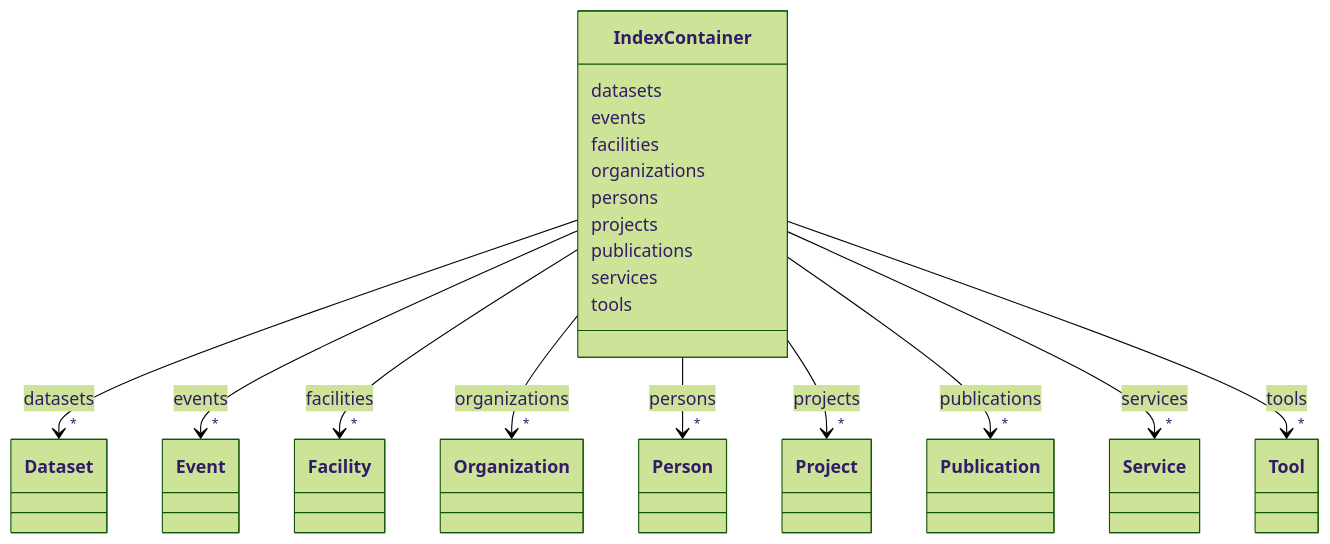
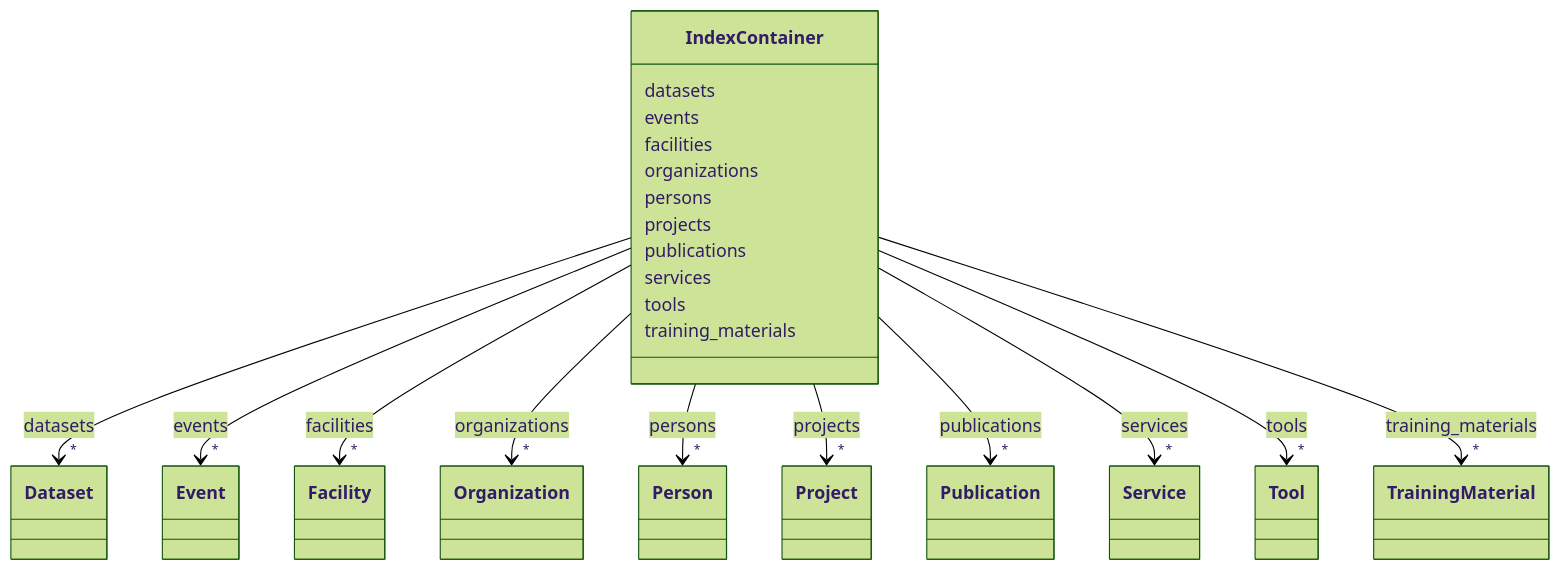
One commit to DARIAH-IL/idhi-manifests changed the diagram in docs/classes/IndexContainer.md. Above: the diagram before and after it, drawn with Mermaid (forest theme). The commit also changed other lines of this file and 52 other files, not shown here.

Commit message:
Added training materials

````diff
--- a/docs/classes/IndexContainer.md
+++ b/docs/classes/IndexContainer.md
@@ -143,5 +143,18 @@
     
 
         
+      IndexContainer : training_materials
+        
+          
+    
+        
+        
+        IndexContainer --> "*" TrainingMaterial : training_materials
+        
+        click TrainingMaterial href "../../classes/TrainingMaterial/"
+        
+    
+
+        
       
 ```
````
